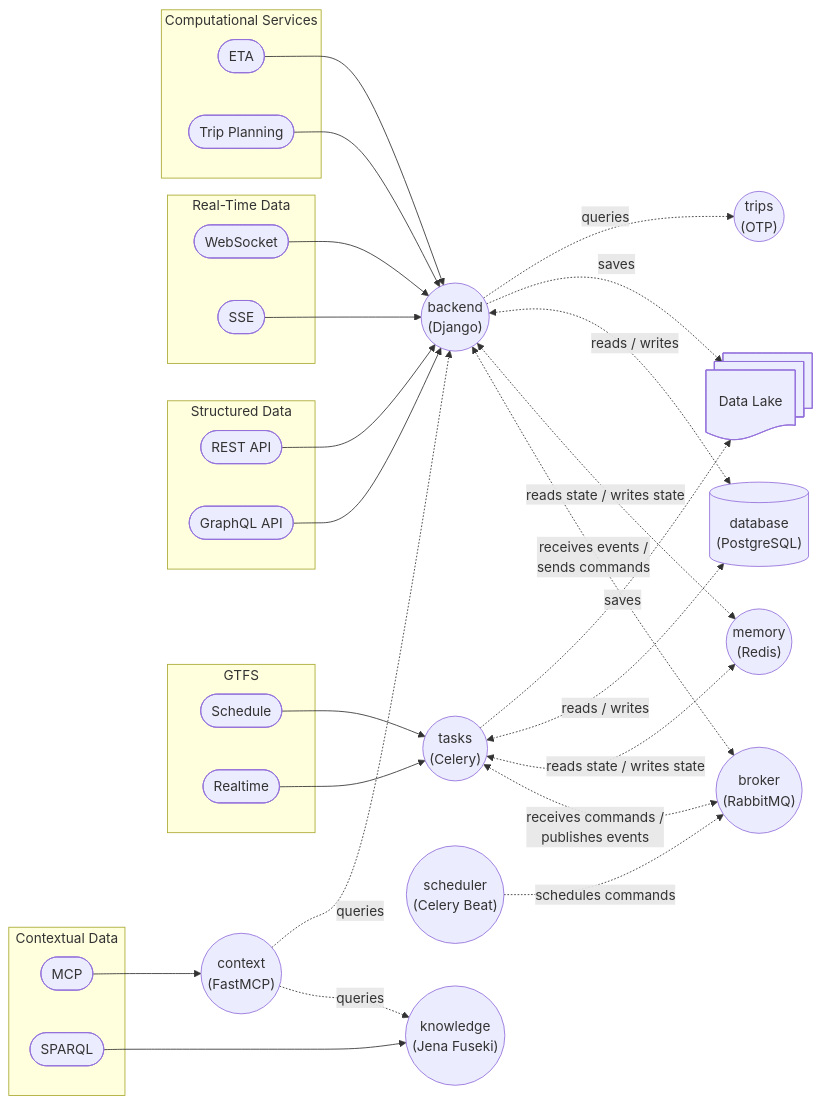
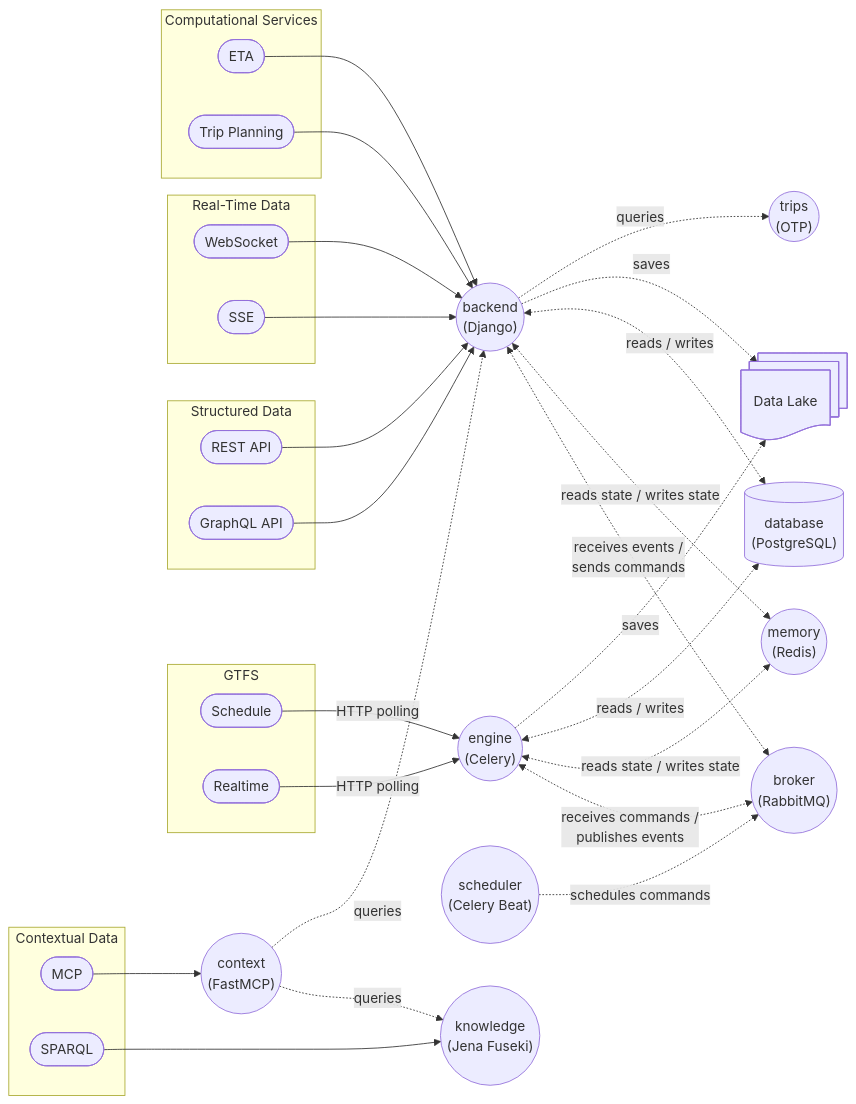
Before and after one commit to simovilab/infobus: the diagram in ARCHITECTURE.md, drawn with Mermaid. The commit also changed other lines of this file and 5 other files, not shown here.

````diff
--- a/ARCHITECTURE.md
+++ b/ARCHITECTURE.md
@@ -5,58 +5,58 @@
 ```mermaid
 flowchart LR
     subgraph GTFS
         schedule([Schedule])
         realtime([Realtime])
     end
     subgraph Structured Data
         api([REST API])
         graphql([GraphQL API])
     end
     subgraph Real-Time Data
         ws([WebSocket])
         sse([SSE])
     end
     subgraph Contextual Data
         mcp([MCP])
         sparql([SPARQL])
     end
     subgraph Computational Services
         eta([ETA])
         tp([Trip Planning])
     end
     
     backend(("backend<br/>(Django)"))
-    tasks(("tasks<br/>(Celery)"))
+    engine(("engine<br/>(Celery)"))
     broker(("broker<br/>(RabbitMQ)"))
     scheduler(("scheduler<br/>(Celery Beat)"))
     memory(("memory<br/>(Redis)"))
     database@{ shape: db, label: "database<br/>(PostgreSQL)" }
     context(("context<br/>(FastMCP)"))
     knowledge(("knowledge<br/>(Jena Fuseki)"))
     trips(("trips<br/>(OTP)"))
 
     lake@{ shape: docs, label: "Data Lake" }
 
-    schedule --> tasks
-    realtime --> tasks
-    tasks <-."receives commands /<br/> publishes events".-> broker
-    tasks <-."reads state / writes state".-> memory
-    tasks <-."reads / writes".-> database
-    tasks -."saves".-> lake
+    schedule --"HTTP polling"--> engine
+    realtime --"HTTP polling"--> engine
+    engine <-."receives commands /<br/> publishes events".-> broker
+    engine <-."reads state / writes state".-> memory
+    engine <-."reads / writes".-> database
+    engine -."saves".-> lake
     backend <-."receives events /<br/> sends commands".-> broker
     backend <-."reads state / writes state".-> memory
     backend <-."reads / writes".-> database
     backend -."saves".-> lake
     scheduler -."schedules commands".-> broker
     backend -."queries".-> trips
     context -."queries".-> knowledge
     context -."queries".-> backend
     mcp --> context
     sparql --> knowledge
     api --> backend
     graphql --> backend
     ws --> backend
     sse --> backend
     tp --> backend
     eta --> backend
 ```
````
